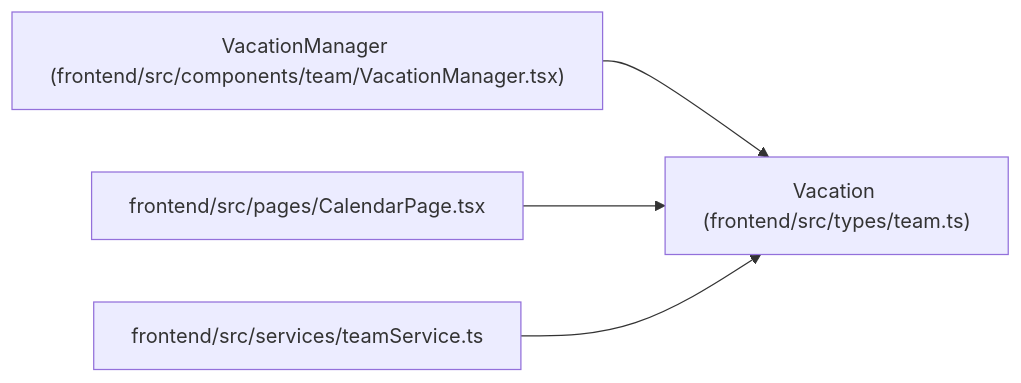
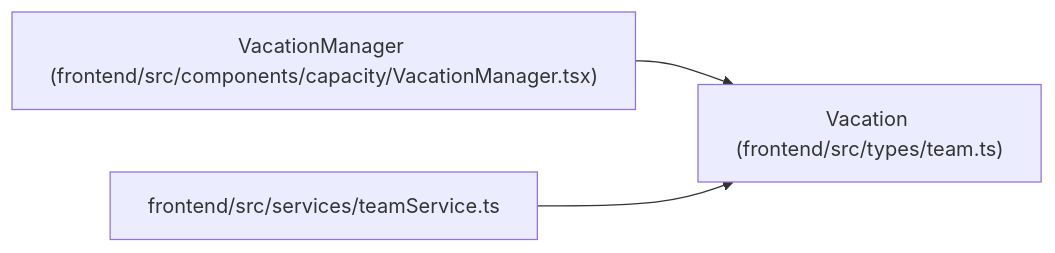
The diagram in docs/llm_wiki/entities/types_team_Vacation.md (Denissvgn/WorkChord), drawn with Mermaid before and after one commit. The commit also changed other lines of this file and 2373 other files, not shown here.

````diff
--- a/docs/llm_wiki/entities/types_team_Vacation.md
+++ b/docs/llm_wiki/entities/types_team_Vacation.md
@@ -27,14 +27,11 @@
 ```mermaid
 flowchart LR
     n0["Vacation (frontend/src/types/team.ts)"]
-    n1["VacationManager (frontend/src/components/team/VacationManager.tsx)"]
-    n2["frontend/src/pages/CalendarPage.tsx"]
-    n3["frontend/src/services/teamService.ts"]
+    n1["VacationManager (frontend/src/components/capacity/VacationManager.tsx)"]
+    n2["frontend/src/services/teamService.ts"]
     n1 --> n0
     n2 --> n0
-    n3 --> n0
     click n0 "../modules/types_team.md"
     click n1 "../modules/VacationManager.md"
-    click n2 "../modules/CalendarPage.md"
-    click n3 "../modules/teamService.md"
+    click n2 "../modules/teamService.md"
 ```
````
